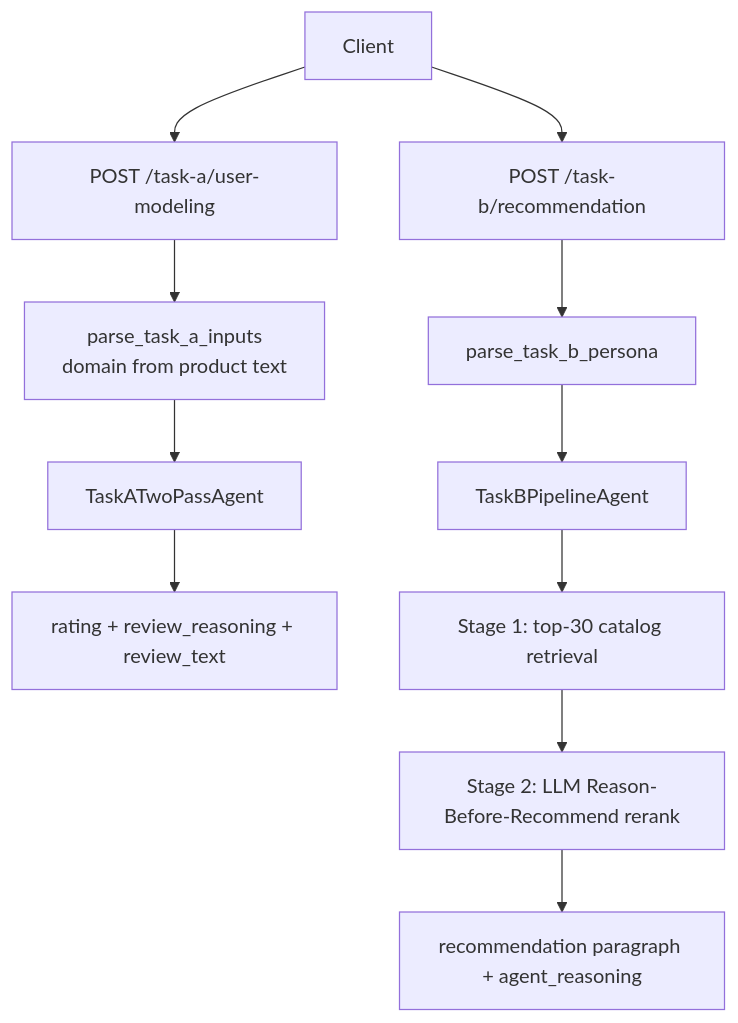
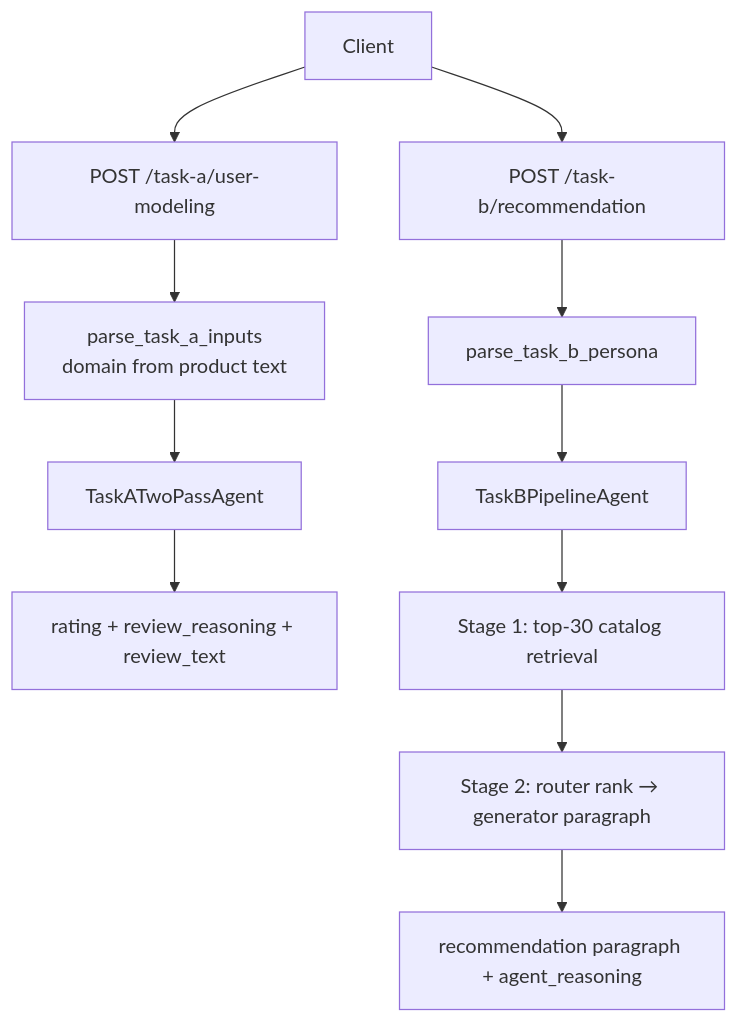
Before and after one commit to taotechs/NaijaSense-AI: the first of 2 diagrams in README.md, drawn with Mermaid. The commit also changed other lines of this file and 7 other files, not shown here.

First line of the commit message:
feat(task-b): two-step router rank then generator paragraph

````diff
--- a/README.md
+++ b/README.md
@@ -66,13 +66,13 @@
 ```mermaid
 flowchart TB
     C[Client] --> TA[POST /task-a/user-modeling]
     C --> TB[POST /task-b/recommendation]
     TA --> P1[parse_task_a_inputs<br/>domain from product text]
     P1 --> A1[TaskATwoPassAgent]
     A1 --> R1[rating + review_reasoning + review_text]
     TB --> P2[parse_task_b_persona]
     P2 --> B1[TaskBPipelineAgent]
     B1 --> S1[Stage 1: top-30 catalog retrieval]
-    S1 --> S2[Stage 2: LLM Reason-Before-Recommend rerank]
+    S1 --> S2[Stage 2: router rank → generator paragraph]
     S2 --> R2[recommendation paragraph + agent_reasoning]
 ```
````
